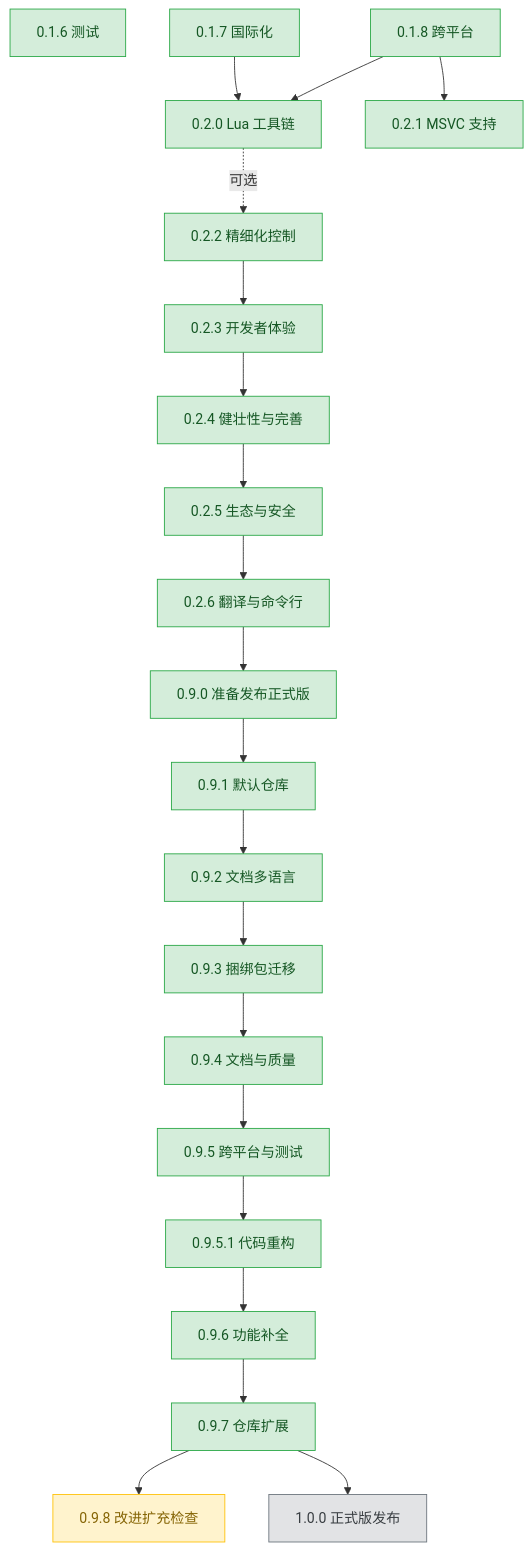
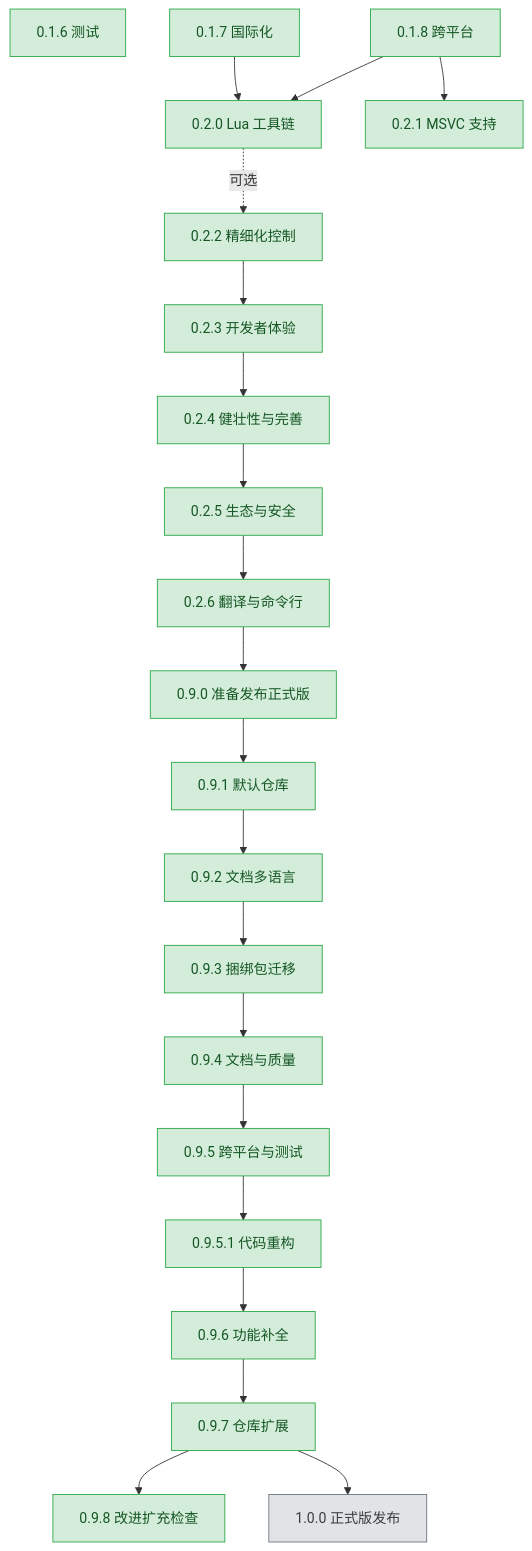
Before and after one commit to 3667808244/EazyMake: the diagram in plans/README.md, drawn with Mermaid. The commit also changed other lines of this file and 15 other files, not shown here.

````diff
--- a/plans/README.md
+++ b/plans/README.md
@@ -67,52 +68,52 @@
 ```mermaid
 graph TD
     v016["0.1.6 测试"]
     v017["0.1.7 国际化"]
     v018["0.1.8 跨平台"]
     v020["0.2.0 Lua 工具链"]
     v021["0.2.1 MSVC 支持"]
     v022["0.2.2 精细化控制"]
     v023["0.2.3 开发者体验"]
     v024["0.2.4 健壮性与完善"]
     v025["0.2.5 生态与安全"]
     v026["0.2.6 翻译与命令行"]
     v090["0.9.0 准备发布正式版"]
     v091["0.9.1 默认仓库"]
     v092["0.9.2 文档多语言"]
     v093["0.9.3 捆绑包迁移"]
     v094["0.9.4 文档与质量"]
     v095["0.9.5 跨平台与测试"]
     v0951["0.9.5.1 代码重构"]
     v096["0.9.6 功能补全"]
     v097["0.9.7 仓库扩展"]
     v098["0.9.8 改进扩充检查"]
     v100["1.0.0 正式版发布"]
 
     v018 --> v021
     v017 --> v020
     v018 --> v020
     v020 -.可选.-> v022
     v022 --> v023
     v023 --> v024
     v024 --> v025
     v025 --> v026
     v026 --> v090
     v090 --> v091
     v091 --> v092
     v092 --> v093
     v093 --> v094
     v094 --> v095
     v095 --> v0951
     v0951 --> v096
     v096 --> v097
     v097 --> v098
     v097 --> v100
 
     classDef done fill:#d4edda,stroke:#28a745,color:#155724;
     classDef active fill:#fff3cd,stroke:#ffc107,color:#856404;
     classDef todo fill:#e2e3e5,stroke:#6c757d,color:#383d41;
 
-    class v016,v017,v018,v020,v021,v022,v023,v024,v025,v026,v090,v091,v092,v093,v094,v095,v0951,v096,v097 done;
-    class v098 active;
-    class v099,v100 todo;
+    class v016,v017,v018,v020,v021,v022,v023,v024,v025,v026,v090,v091,v092,v093,v094,v095,v0951,v096,v097,v098 done;
+    class v099 active;
+    class v100 todo;
 ```
````
